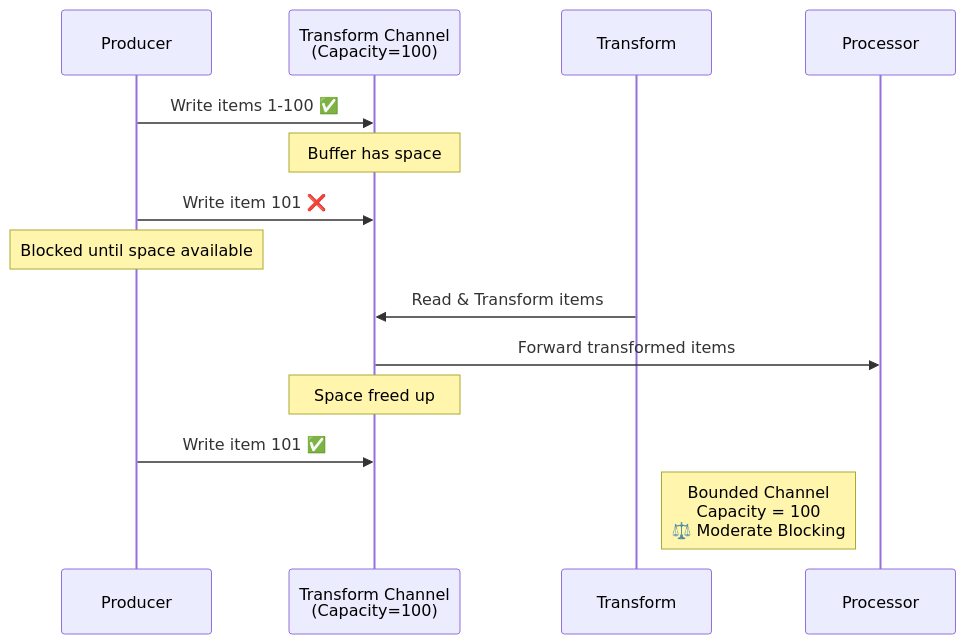
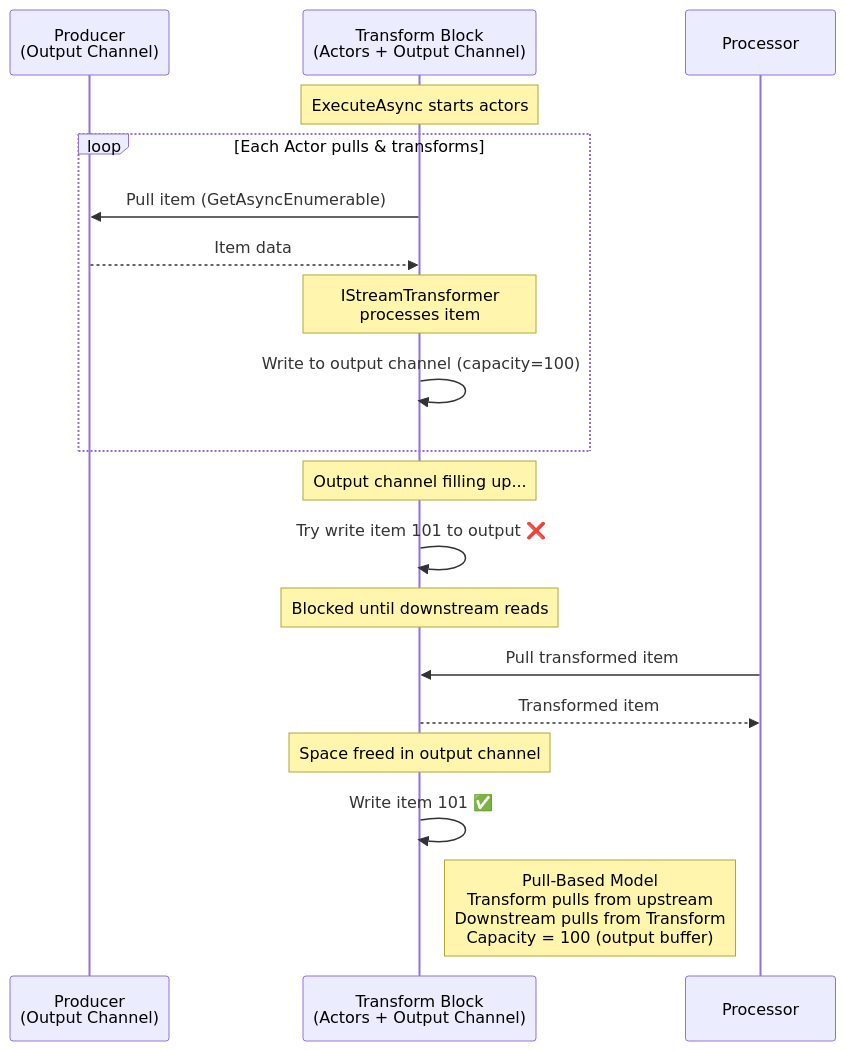
One commit to dazinator/DataFlow changed the third of 5 diagrams in docs/execution-model-visual-comparison.md. Above: the diagram before and after it, drawn with Mermaid. The commit also changed other lines of this file and 4 other files, not shown here.

First line of the commit message:
Fix documentation diagrams and descriptions to accurately reflect pull-based architecture (#14)

````diff
--- a/docs/execution-model-visual-comparison.md
+++ b/docs/execution-model-visual-comparison.md
@@ -76,21 +76,27 @@
 ```mermaid
 sequenceDiagram
-    participant Producer
-    participant Channel as Transform Channel<br/>(Capacity=100)
-    participant Transform
+    participant Producer as Producer<br/>(Output Channel)
+    participant Transform as Transform Block<br/>(Actors + Output Channel)
     participant Processor
     
-    Producer->>Channel: Write items 1-100 ✅
-    Note over Channel: Buffer has space
+    Note over Transform: ExecuteAsync starts actors
     
-    Producer->>Channel: Write item 101 ❌
-    Note over Producer: Blocked until space available
+    loop Each Actor pulls & transforms
+        Transform->>Producer: Pull item (GetAsyncEnumerable)
+        Producer-->>Transform: Item data
+        Note over Transform: IStreamTransformer<br/>processes item
+        Transform->>Transform: Write to output channel (capacity=100)
+    end
     
-    Transform->>Channel: Read & Transform items
-    Channel->>Processor: Forward transformed items
+    Note over Transform: Output channel filling up...
+    Transform->>Transform: Try write item 101 to output ❌
+    Note over Transform: Blocked until downstream reads
     
-    Note over Channel: Space freed up
-    Producer->>Channel: Write item 101 ✅
+    Processor->>Transform: Pull transformed item
+    Transform-->>Processor: Transformed item
     
-    Note right of Transform: Bounded Channel<br/>Capacity = 100<br/>⚖️ Moderate Blocking
+    Note over Transform: Space freed in output channel
+    Transform->>Transform: Write item 101 ✅
+    
+    Note right of Transform: Pull-Based Model<br/>Transform pulls from upstream<br/>Downstream pulls from Transform<br/>Capacity = 100 (output buffer)
 ```
````
